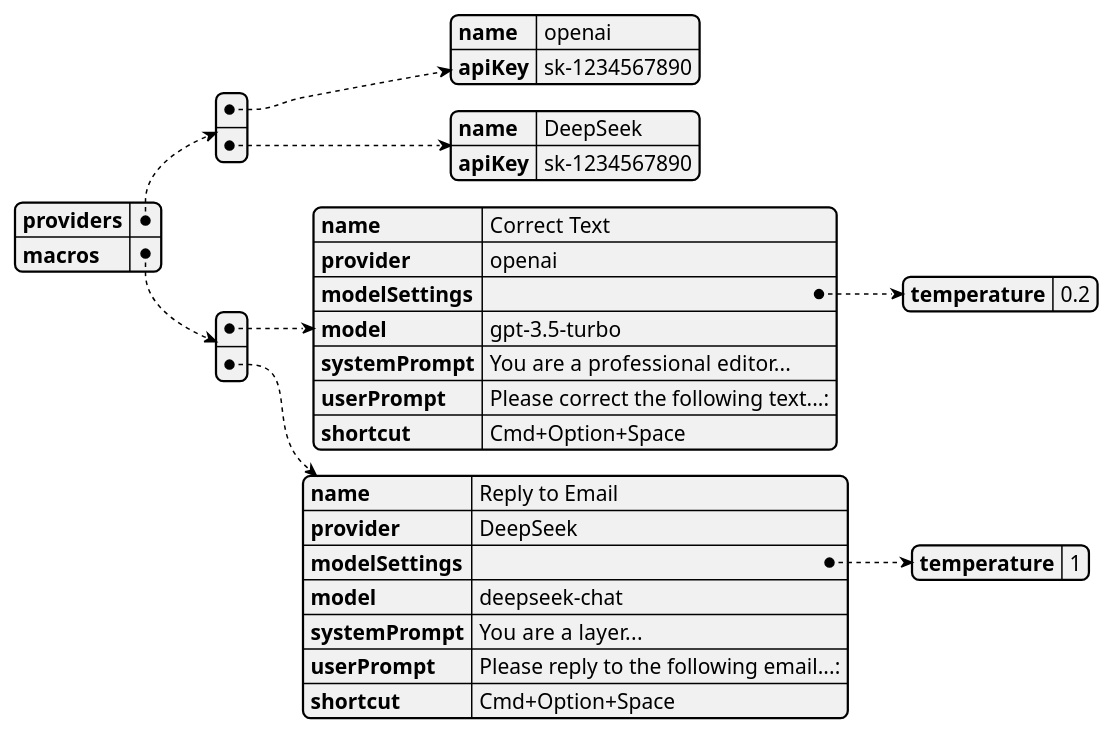
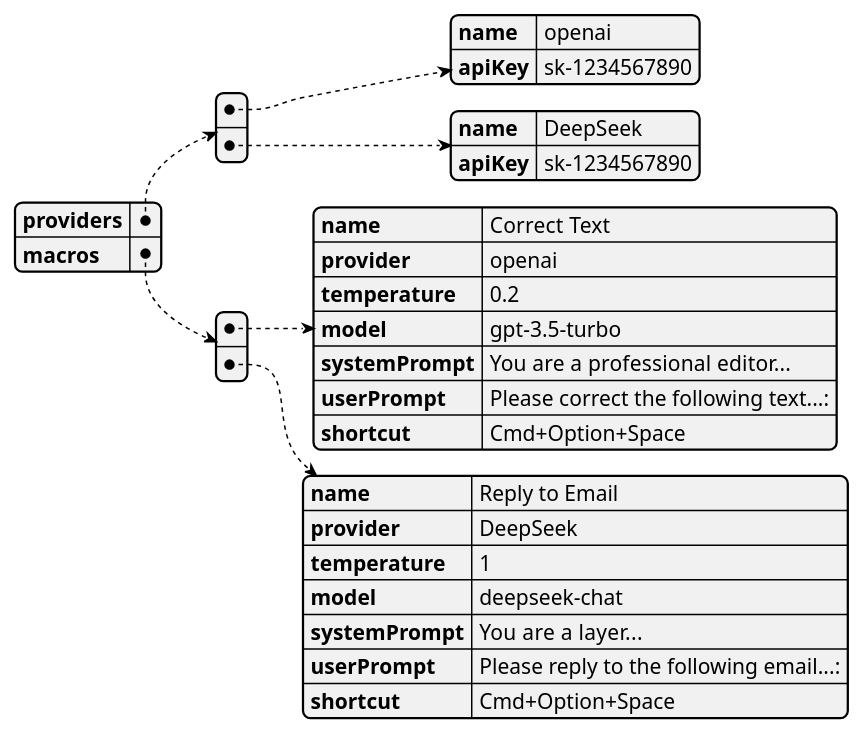
One commit to PreziosiRaffaele/FluentAI changed the diagram in configsObject.wsd. Above: the diagram before and after it, drawn with PlantUML.

Commit message:
doc: update config data model

```diff
--- a/configsObject.wsd
+++ b/configsObject.wsd
@@ -2,38 +2,34 @@
 @startjson
 {
     "providers": [
     {
         "name": "openai",
         "apiKey": "sk-1234567890"
     },
     {
         "name": "DeepSeek",
         "apiKey": "sk-1234567890"
     }
     ],
     "macros": [
     {
         "name": "Correct Text",
         "provider": "openai",
-        "modelSettings": {
-            "temperature": 0.2
-        },
+        "temperature": 0.2,
         "model": "gpt-3.5-turbo",
         "systemPrompt": "You are a professional editor...",
         "userPrompt": "Please correct the following text...:",
         "shortcut": "Cmd+Option+Space"
     },
     {
         "name": "Reply to Email",
         "provider": "DeepSeek",
-        "modelSettings": {
-            "temperature": 1
-        },
+        "temperature": 1,
         "model": "deepseek-chat",
         "systemPrompt": "You are a layer...",
         "userPrompt": "Please reply to the following email...:",
         "shortcut": "Cmd+Option+Space"
     }
     ]
 }
 @endjson
```
